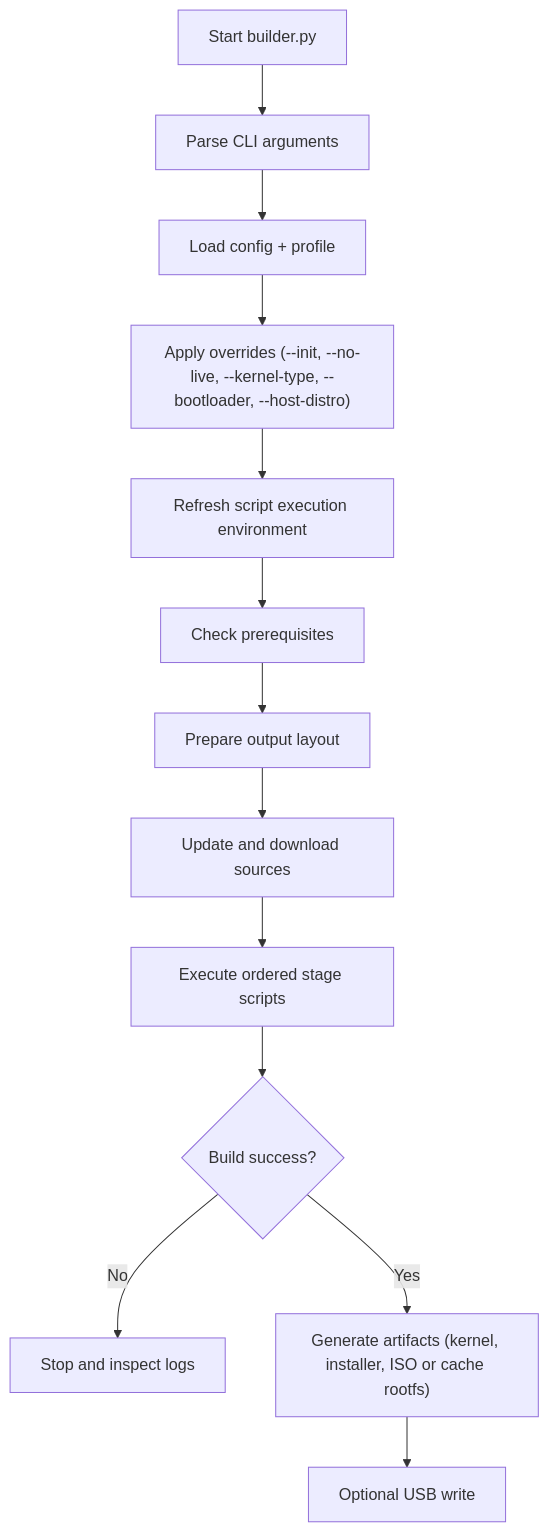
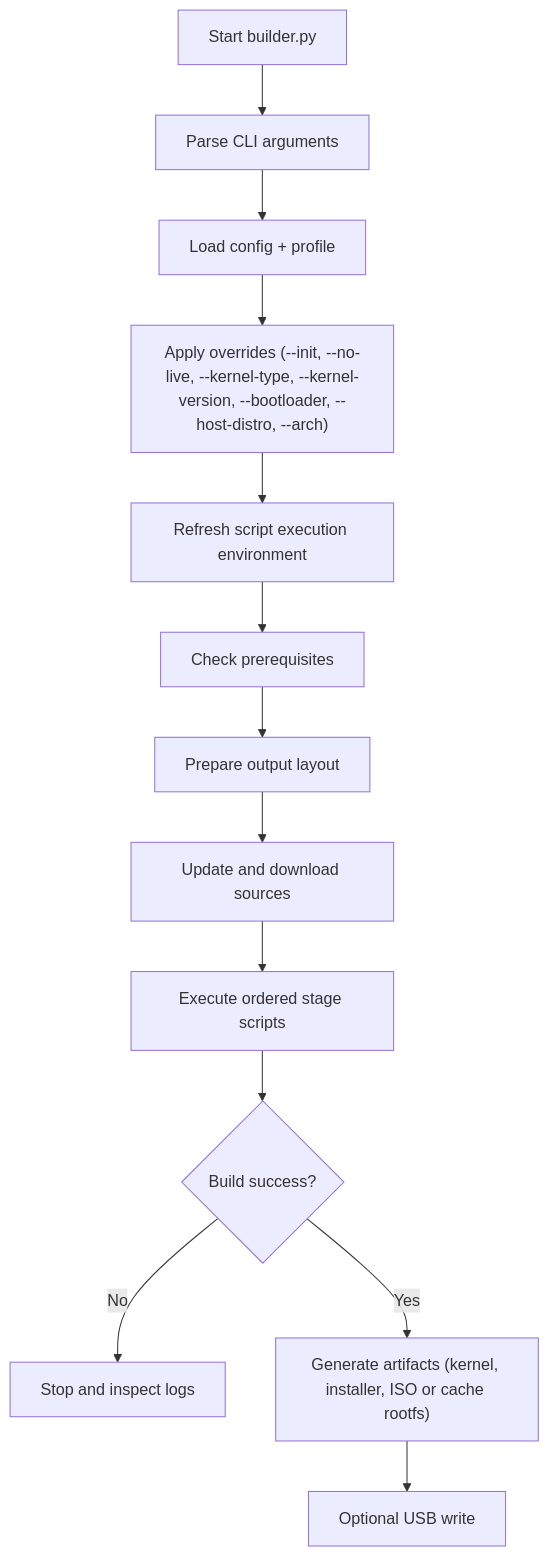
One commit to landrevillejf/beyond-linux-from-scratch changed the second of 3 diagrams in docs/index.md. Above: the diagram before and after it, drawn with Mermaid. The commit also changed other lines of this file and 1 other file, not shown here.

````diff
--- a/docs/index.md
+++ b/docs/index.md
@@ -125,15 +136,15 @@
 ```mermaid
 flowchart TD
     A["Start builder.py"] --> B["Parse CLI arguments"]
     B --> C["Load config + profile"]
-    C --> D["Apply overrides (--init, --no-live, --kernel-type, --bootloader, --host-distro)"]
+    C --> D["Apply overrides (--init, --no-live, --kernel-type, --kernel-version, --bootloader, --host-distro, --arch)"]
     D --> E["Refresh script execution environment"]
     E --> F["Check prerequisites"]
     F --> G["Prepare output layout"]
     G --> H["Update and download sources"]
     H --> I["Execute ordered stage scripts"]
     I --> J{"Build success?"}
     J -- No --> K["Stop and inspect logs"]
     J -- Yes --> L["Generate artifacts (kernel, installer, ISO or cache rootfs)"]
     L --> M["Optional USB write"]
 ```
````
